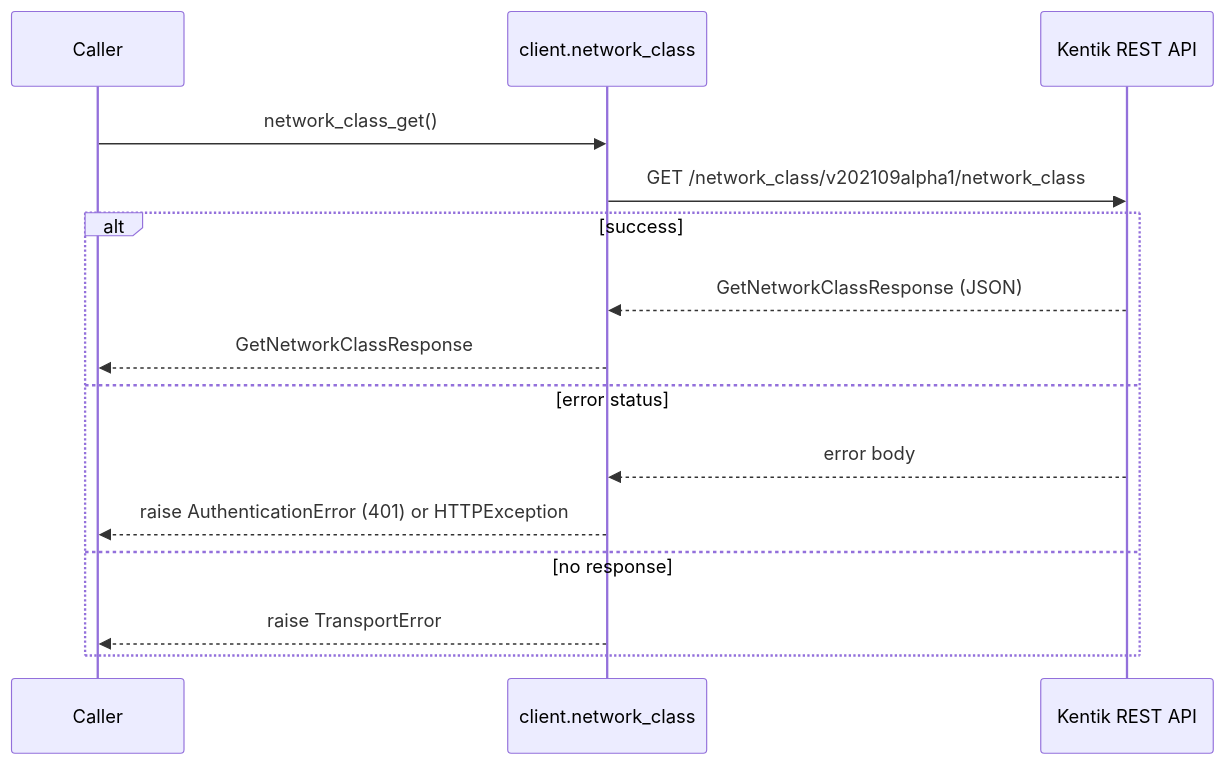
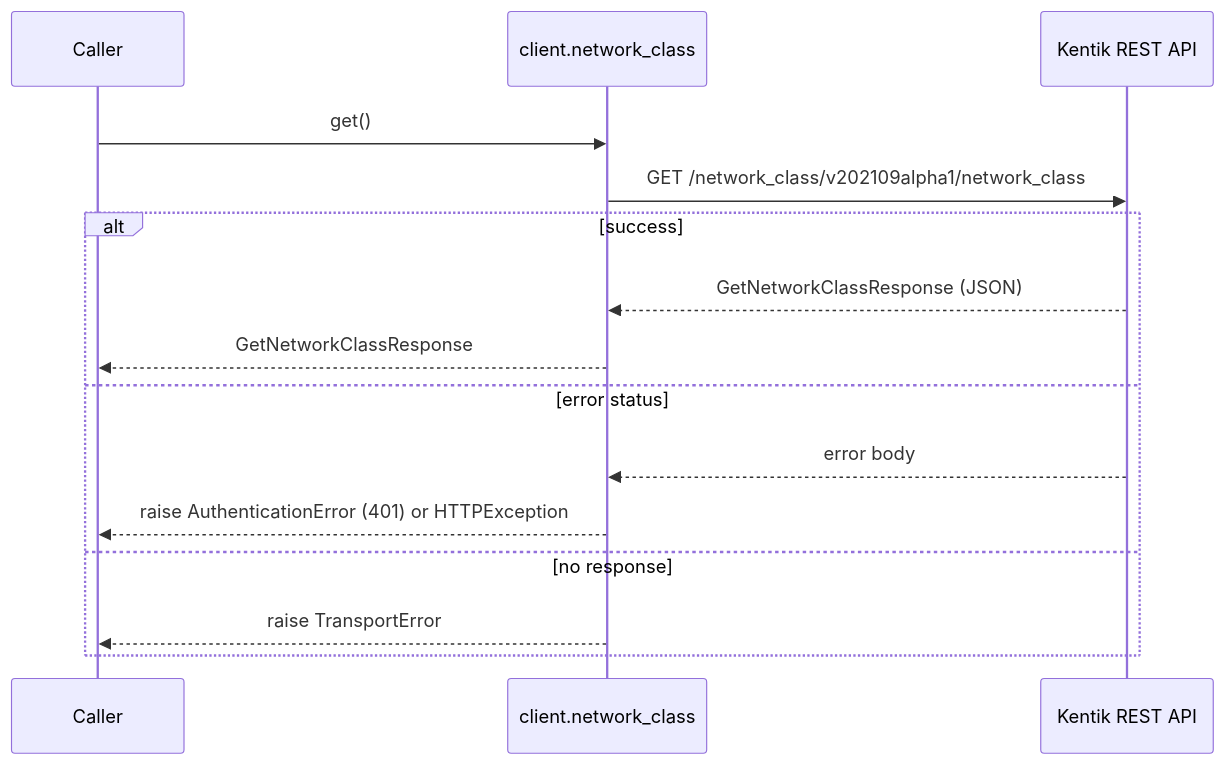
One commit to alexdearaujo/community_sdk_python changed the second of 6 diagrams in docs/sphinx/services/network_class.md. Above: the diagram before and after it, drawn with Mermaid. The commit also changed other lines of this file and 119 other files, not shown here.

````diff
--- a/docs/sphinx/services/network_class.md
+++ b/docs/sphinx/services/network_class.md
@@ -38,18 +38,18 @@
 ```mermaid
 sequenceDiagram
     participant C as Caller
     participant W as client.network_class
     participant API as Kentik REST API
 
-    C->>W: network_class_get()
+    C->>W: get()
     W->>API: GET /network_class/v202109alpha1/network_class
     alt success
         API-->>W: GetNetworkClassResponse (JSON)
         W-->>C: GetNetworkClassResponse
     else error status
         API-->>W: error body
         W-->>C: raise AuthenticationError (401) or HTTPException
     else no response
         W-->>C: raise TransportError
     end
 ```
````
